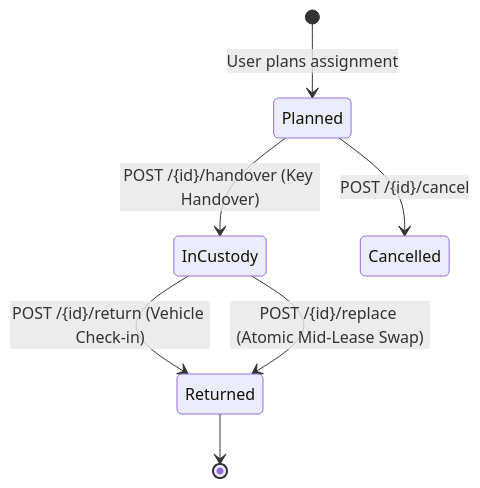
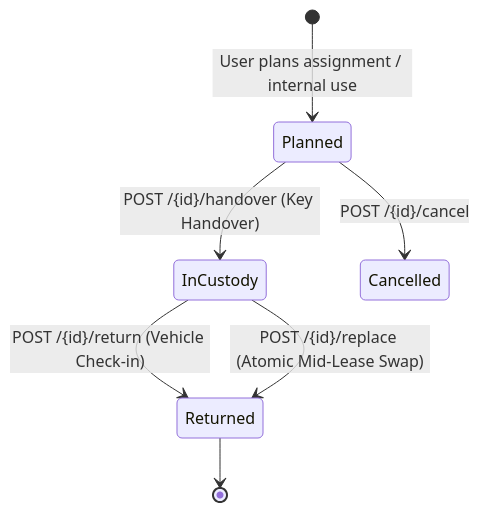
Before and after one commit to kasunvimarshana/AutoERP: the fifth of 5 diagrams in docs/modules/vehicle_rental_complete_guide.md, drawn with Mermaid. The commit also changed other lines of this file and 3 other files, not shown here.

````diff
--- a/docs/modules/vehicle_rental_complete_guide.md
+++ b/docs/modules/vehicle_rental_complete_guide.md
@@ -607,9 +673,9 @@
 ```mermaid
 stateDiagram-v2
-    [*] --> Planned: User plans assignment
+    [*] --> Planned: User plans assignment / internal use
     Planned --> InCustody: POST /{id}/handover (Key Handover)
     Planned --> Cancelled: POST /{id}/cancel
     InCustody --> Returned: POST /{id}/return (Vehicle Check-in)
     InCustody --> Returned: POST /{id}/replace (Atomic Mid-Lease Swap)
     Returned --> [*]
 ```
````
